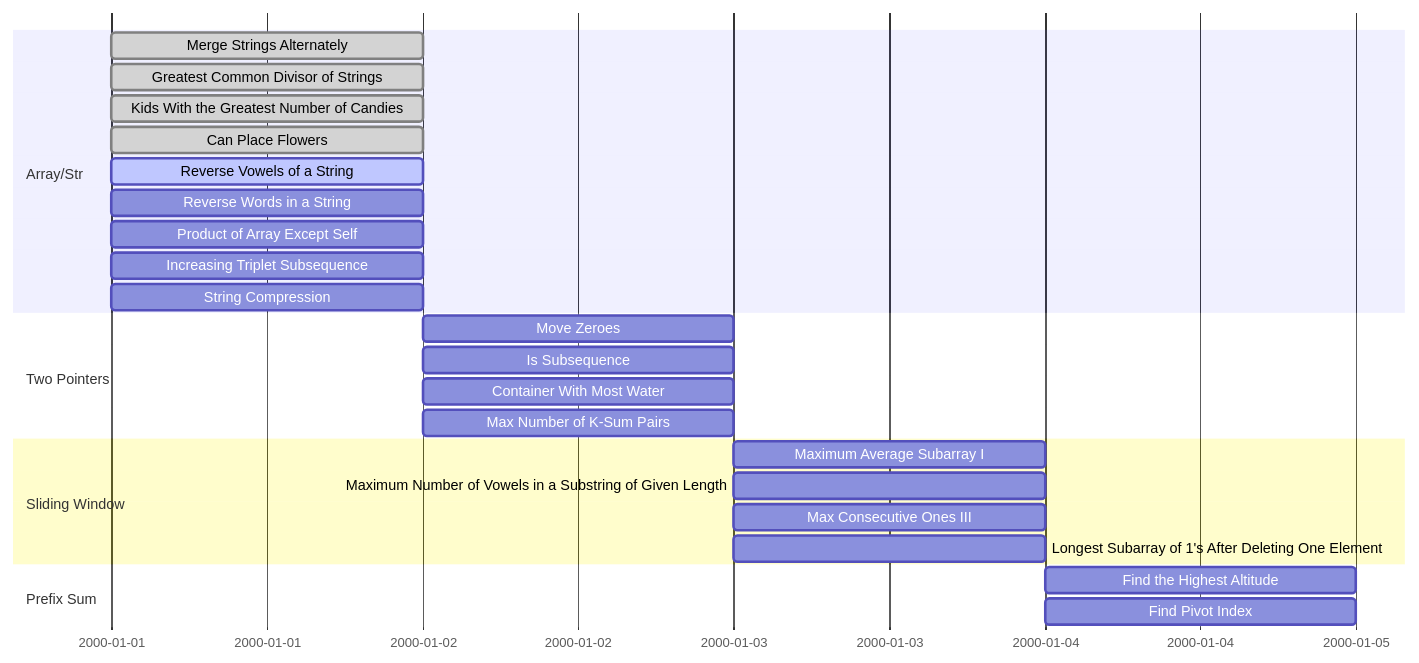
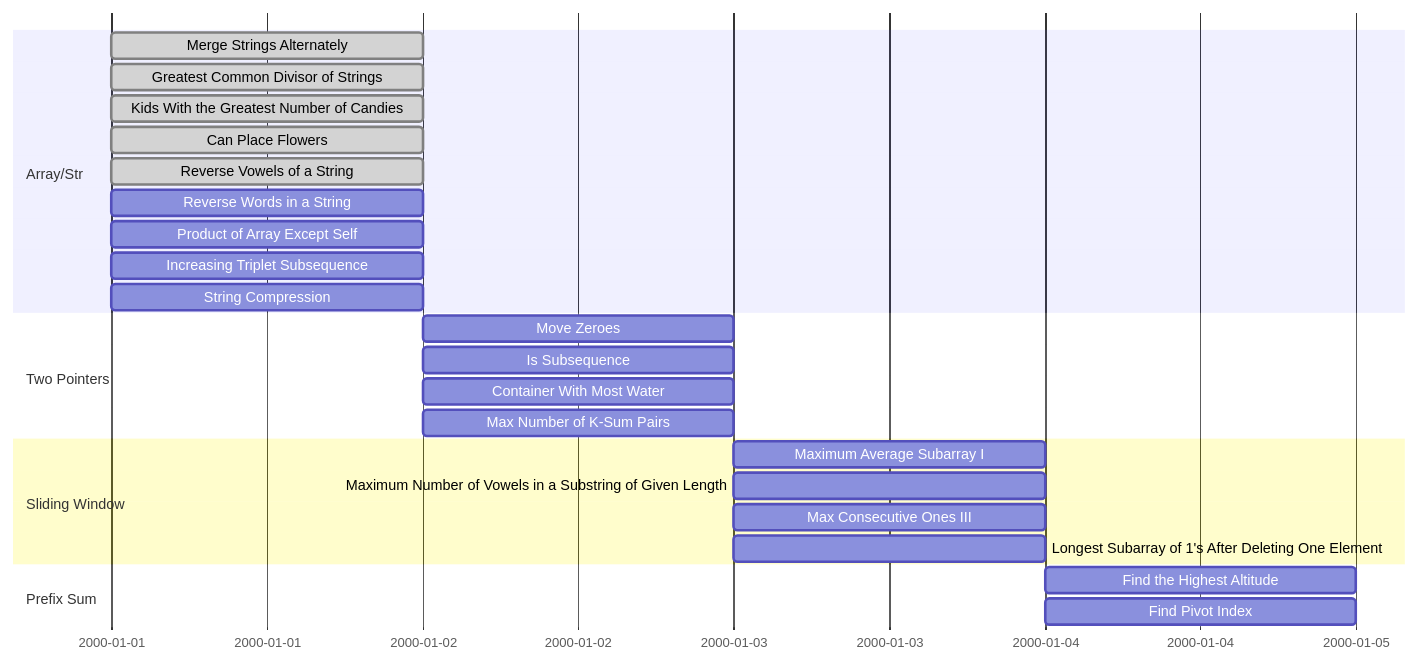
One commit to kizzandev/LeetCode changed the second of 3 diagrams in README.md. Above: the diagram before and after it, drawn with Mermaid. The commit also changed 2 other files, not shown here.

Commit message:
Solution LeetCode 75: reverse_vowels_of_a_string

````diff
--- a/README.md
+++ b/README.md
@@ -45,29 +45,29 @@
 ```mermaid
 gantt
     section Array/Str
     Merge Strings Alternately               : done,   a0, 2000-01-01, 1d
     Greatest Common Divisor of Strings      : done,   a,  2000-01-01, 1d
     Kids With the Greatest Number of Candies: done,   a,  2000-01-01, 1d
     Can Place Flowers                       : done,   a,  2000-01-01, 1d
-    Reverse Vowels of a String              : active, a,  2000-01-01, 1d
-    Reverse Words in a String               :         a,  2000-01-01, 1d
+    Reverse Vowels of a String              : done,   a,  2000-01-01, 1d
+    Reverse Words in a String               : active  a,  2000-01-01, 1d
     Product of Array Except Self            :         a,  2000-01-01, 1d
     Increasing Triplet Subsequence          :         a,  2000-01-01, 1d
     String Compression                      :         a,  2000-01-01, 1d
 
     section Two Pointers
     Move Zeroes              :         a1, after a0, 1d
     Is Subsequence           :         a , after a0, 1d
     Container With Most Water:         a , after a0, 1d
     Max Number of K-Sum Pairs:         a , after a0, 1d
 
     section Sliding Window
     Maximum Average Subarray I                             :         a2, after a1, 1d
     Maximum Number of Vowels in a Substring of Given Length:         a , after a1, 1d
     Max Consecutive Ones III                               :         a , after a1, 1d
     Longest Subarray of 1's After Deleting One Element     :         a , after a1, 1d
 
     section Prefix Sum
     Find the Highest Altitude:         a3, after a2, 1d
     Find Pivot Index         :         a , after a2, 1d
 ```
````
